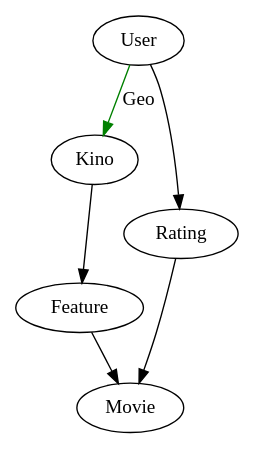
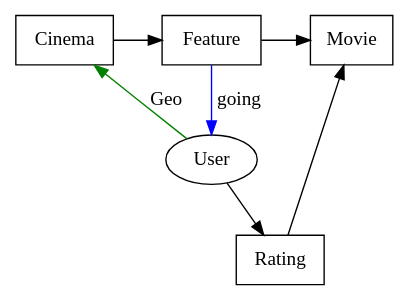
The diagram in schema.dot (phaenotyp/kkino), drawn with Graphviz before and after one commit. The commit also changed 8 other files, not shown here.

Commit message:
- put the date of the first feature of a movie into the movie model.  - changed the feature-model to update the first feature property of the movie if necessary. -  added nick to userProfile. user.nickname is unsuported by google so far.

```diff
--- a/schema.dot
+++ b/schema.dot
@@ -1,9 +1,19 @@
 digraph models { 
 
   Kino -> Feature -> Movie;
 
   User -> Rating -> Movie; 
 
   User -> Kino [label="Geo", color=green];
+  
+  Feature -> User[label="going", color=blue]
+
+  Kino[label="Cinema", shape=box];
+  Rating[shape=box];
+  Movie[shape=box];
+  Feature[shape=box];
+
+  { rank = same;
+     Kino; Feature; Movie };
 
 } 
```
